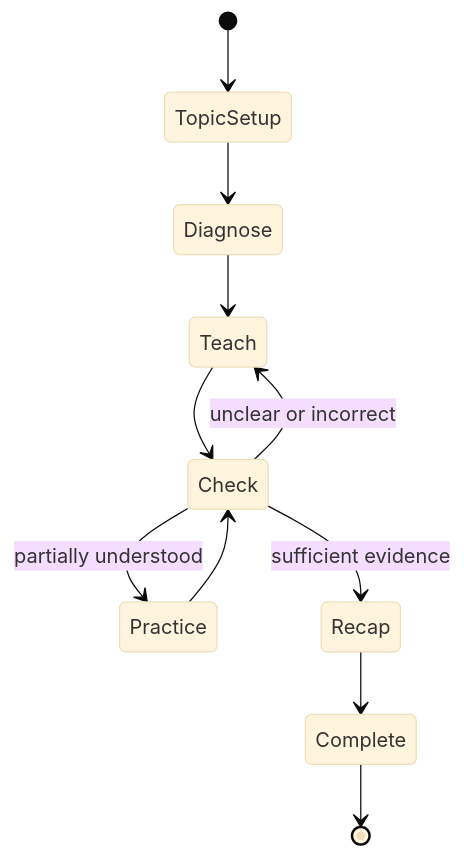
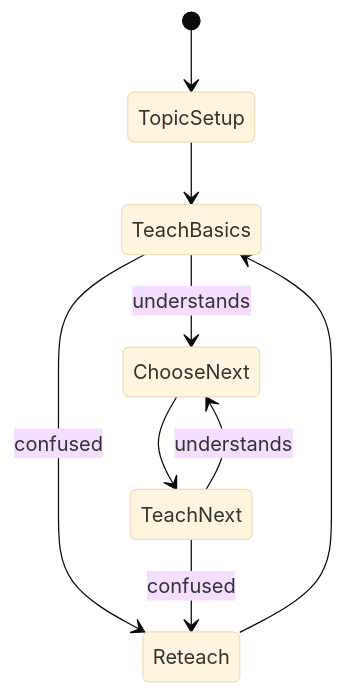
One commit to ayaandmr/Faraday changed the diagram in docs/Backend/learning-engine.md. Above: the diagram before and after it, drawn with Mermaid (base theme). The commit also changed other lines of this file and 20 other files, not shown here.

Commit message:
Redesign learning flow around teaching cards

````diff
--- a/docs/Backend/learning-engine.md
+++ b/docs/Backend/learning-engine.md
@@ -88,13 +88,11 @@
 ```mermaid
 stateDiagram-v2
     [*] --> TopicSetup
-    TopicSetup --> Diagnose
-    Diagnose --> Teach
-    Teach --> Check
-    Check --> Teach: unclear or incorrect
-    Check --> Practice: partially understood
-    Check --> Recap: sufficient evidence
-    Practice --> Check
-    Recap --> Complete
-    Complete --> [*]
+    TopicSetup --> TeachBasics
+    TeachBasics --> Reteach: confused
+    Reteach --> TeachBasics
+    TeachBasics --> ChooseNext: understands
+    ChooseNext --> TeachNext
+    TeachNext --> Reteach: confused
+    TeachNext --> ChooseNext: understands
 ```
````
